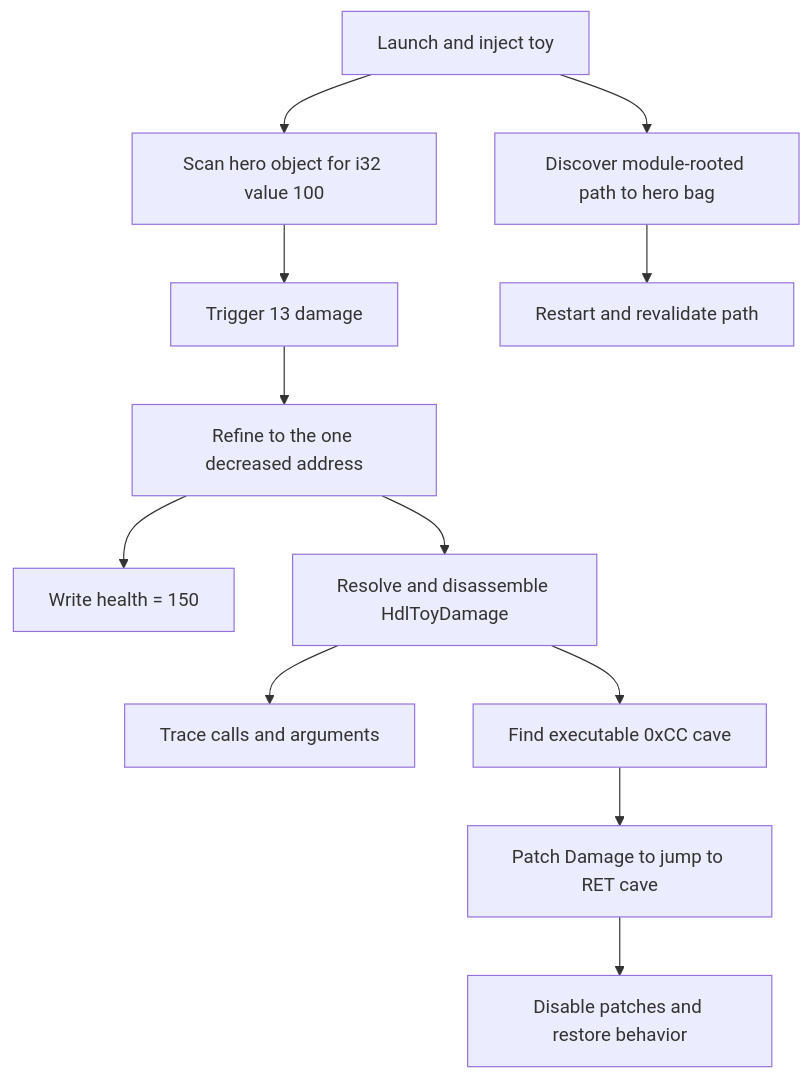
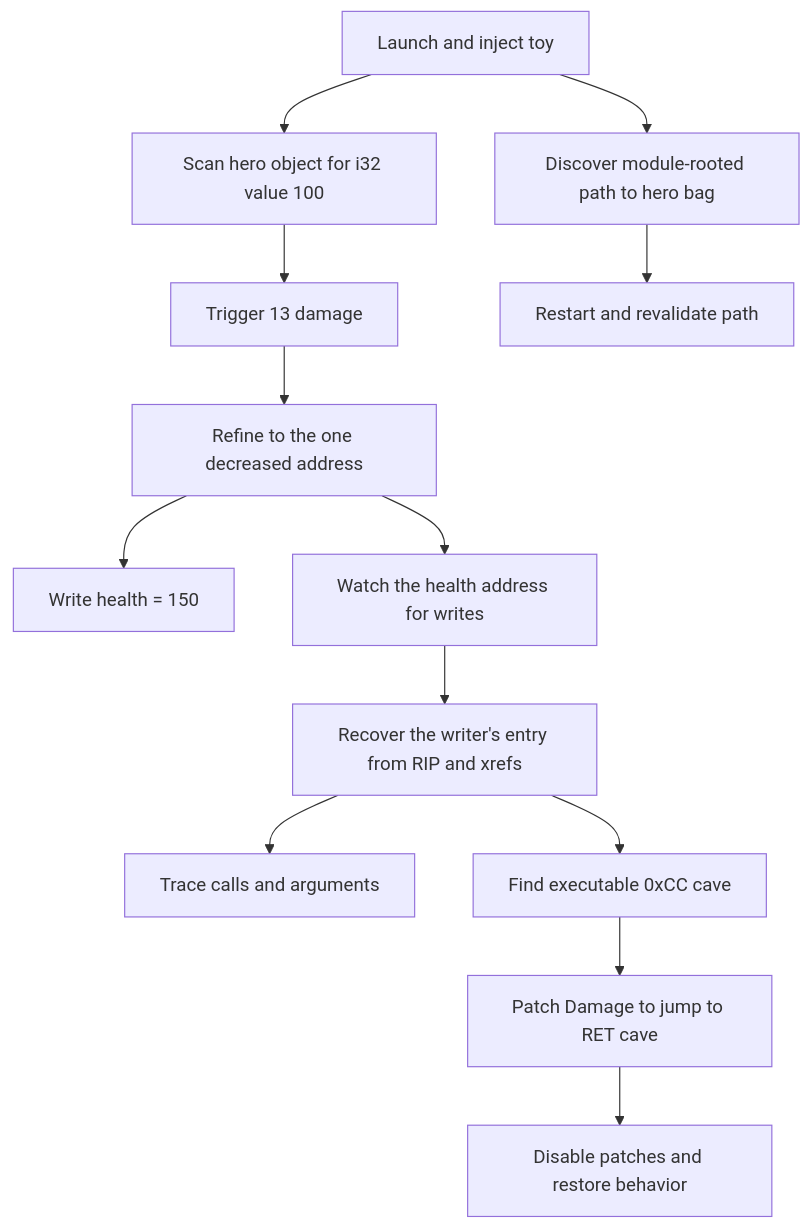
The first of 4 diagrams in docs/toy-arena-walkthrough.md (random-things/hdllib-ng), drawn with Mermaid before and after one commit. The commit also changed other lines of this file and 13 other files, not shown here.

````diff
--- a/docs/toy-arena-walkthrough.md
+++ b/docs/toy-arena-walkthrough.md
@@ -27,20 +27,21 @@
 ```mermaid
 flowchart TD
     Launch["Launch and inject toy"]
     Scan["Scan hero object for i32 value 100"]
     Change["Trigger 13 damage"]
     Refine["Refine to the one decreased address"]
     Modify["Write health = 150"]
-    Function["Resolve and disassemble HdlToyDamage"]
+    Watch["Watch the health address for writes"]
+    Function["Recover the writer's entry from RIP and xrefs"]
     Hook["Trace calls and arguments"]
     Pointer["Discover module-rooted path to hero bag"]
     Restart["Restart and revalidate path"]
     Cave["Find executable 0xCC cave"]
     Detour["Patch Damage to jump to RET cave"]
     Restore["Disable patches and restore behavior"]
 
     Launch --> Scan --> Change --> Refine --> Modify
-    Refine --> Function --> Hook
+    Refine --> Watch --> Function --> Hook
     Launch --> Pointer --> Restart
     Function --> Cave --> Detour --> Restore
 ```
````
